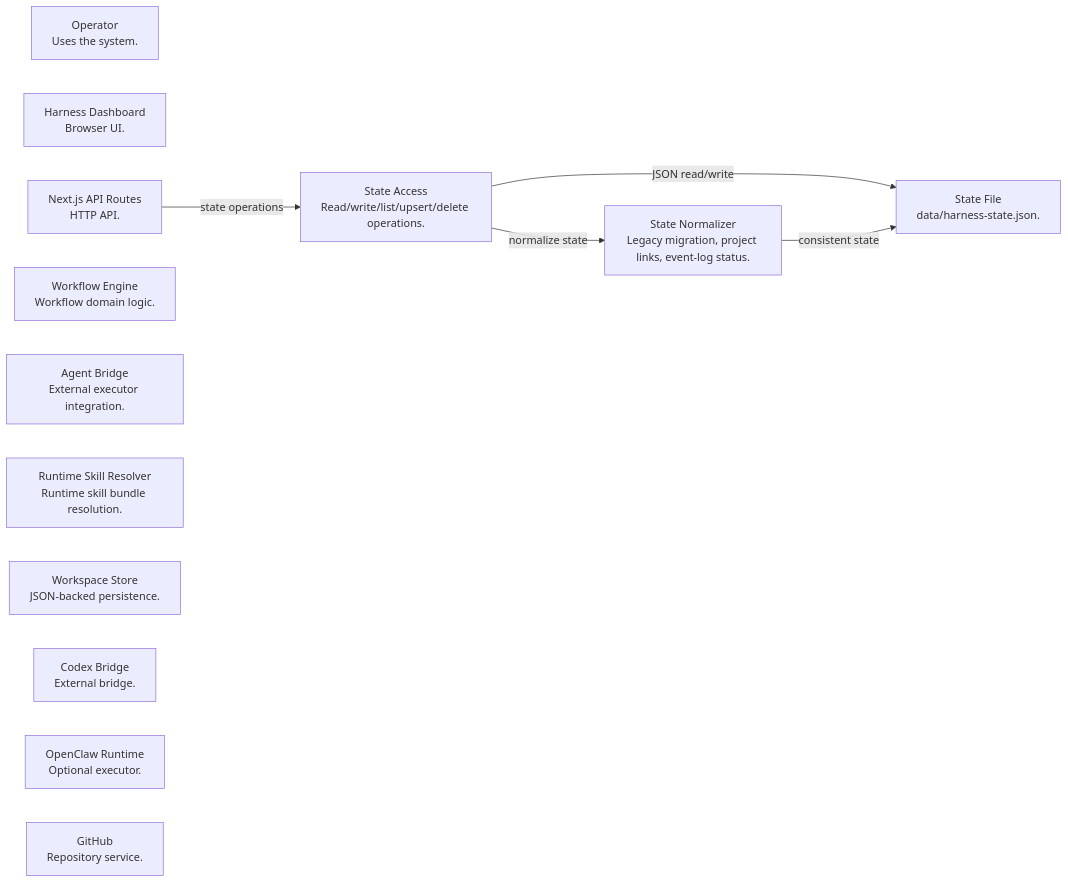
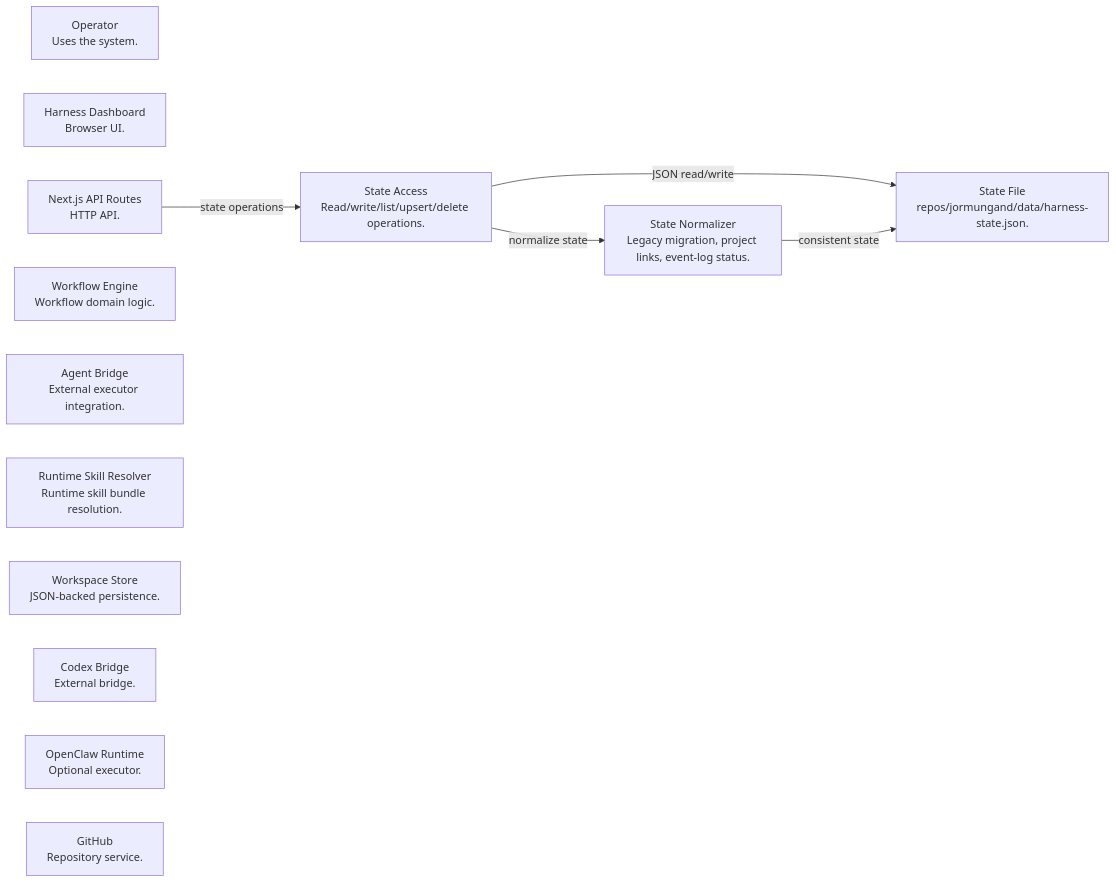
Before and after one commit to linderwu/harness-framework: the diagram in wiki/c4/diagrams/component-workspace-store.mmd, drawn with Mermaid. The commit also changed 76 other files, not shown here.

```diff
--- a/wiki/c4/diagrams/component-workspace-store.mmd
+++ b/wiki/c4/diagrams/component-workspace-store.mmd
@@ -1,19 +1,19 @@
 flowchart LR
   %% Workspace Store Components
   operator["Operator<br/>Uses the system."]
   dashboard["Harness Dashboard<br/>Browser UI."]
   api["Next.js API Routes<br/>HTTP API."]
   engine["Workflow Engine<br/>Workflow domain logic."]
   bridge["Agent Bridge<br/>External executor integration."]
   resolver["Runtime Skill Resolver<br/>Runtime skill bundle resolution."]
   store["Workspace Store<br/>JSON-backed persistence."]
   codex["Codex Bridge<br/>External bridge."]
   openclaw["OpenClaw Runtime<br/>Optional executor."]
   github["GitHub<br/>Repository service."]
-  file["State File<br/>data/harness-state.json."]
+  file["State File<br/>repos/jormungand/data/harness-state.json."]
   access["State Access<br/>Read/write/list/upsert/delete operations."]
   normalize["State Normalizer<br/>Legacy migration, project links, event-log status."]
   api -->|"state operations"| access
   access -->|"JSON read/write"| file
   access -->|"normalize state"| normalize
   normalize -->|"consistent state"| file
```
